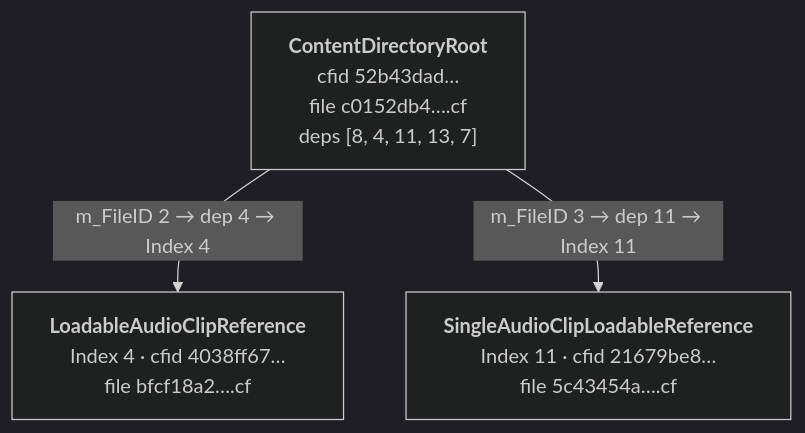
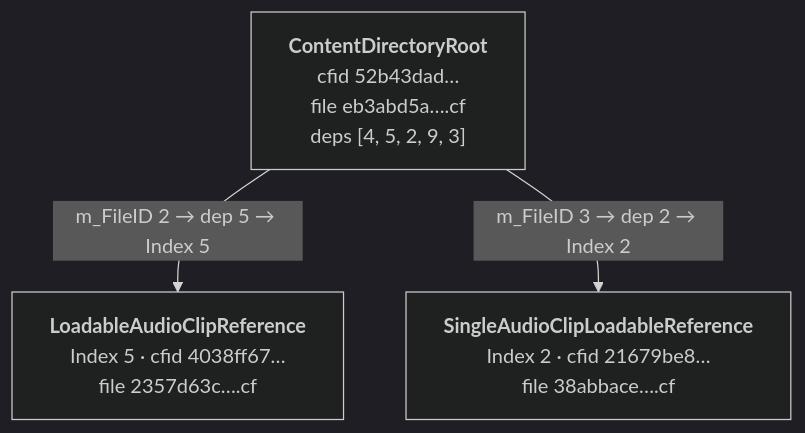
One commit to Unity-Technologies/UnityDataTools changed the diagram in Documentation/contentdirectory-format.md. Above: the diagram before and after it, drawn with Mermaid (dark theme). The commit also changed other lines of this file and 67 other files, not shown here.

````diff
--- a/Documentation/contentdirectory-format.md
+++ b/Documentation/contentdirectory-format.md
@@ -293,9 +296,9 @@
 ```mermaid
 flowchart TD
-    Root["<b>ContentDirectoryRoot</b><br/>cfid 52b43dad…<br/>file c0152db4….cf<br/>deps [8, 4, 11, 13, 7]"]
-    Loadable["<b>LoadableAudioClipReference</b><br/>Index 4 · cfid 4038ff67…<br/>file bfcf18a2….cf"]
-    Single["<b>SingleAudioClipLoadableReference</b><br/>Index 11 · cfid 21679be8…<br/>file 5c43454a….cf"]
+    Root["<b>ContentDirectoryRoot</b><br/>cfid 52b43dad…<br/>file eb3abd5a….cf<br/>deps [4, 5, 2, 9, 3]"]
+    Loadable["<b>LoadableAudioClipReference</b><br/>Index 5 · cfid 4038ff67…<br/>file 2357d63c….cf"]
+    Single["<b>SingleAudioClipLoadableReference</b><br/>Index 2 · cfid 21679be8…<br/>file 38abbace….cf"]
 
-    Root -->|"m_FileID 2 → dep 4 → Index 4"| Loadable
-    Root -->|"m_FileID 3 → dep 11 → Index 11"| Single
+    Root -->|"m_FileID 2 → dep 5 → Index 5"| Loadable
+    Root -->|"m_FileID 3 → dep 2 → Index 2"| Single
 ```
````
